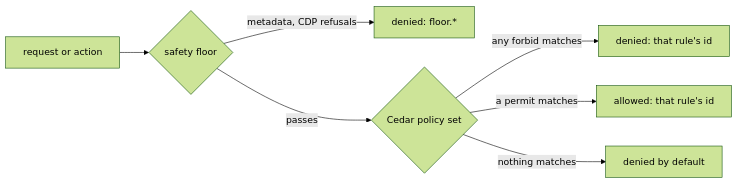
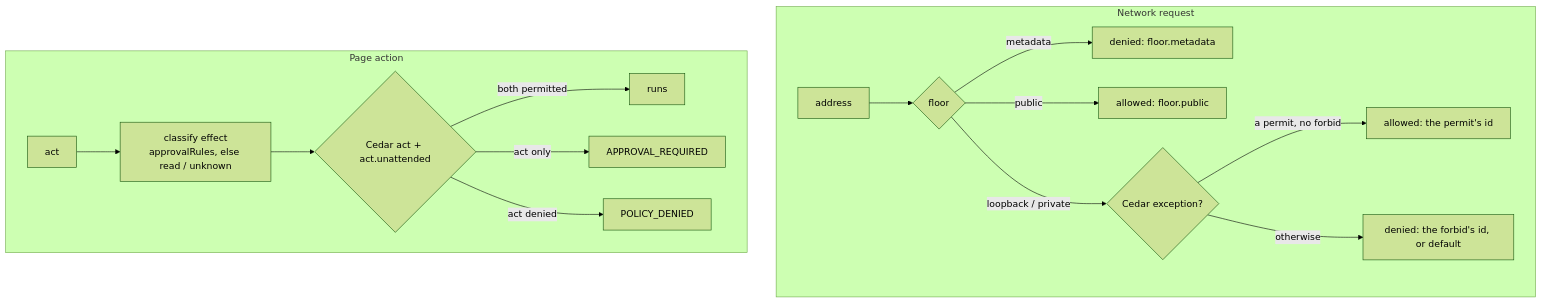
The diagram in docs/policy.md (anvai-labs/agentbrowser), drawn with Mermaid (forest theme) before and after one commit. The commit also changed other lines of this file and 7 other files, not shown here.

Commit message:
fix(api): a policy file's approvalRules classify actions; docs(policy): the starter and guide match runtime behaviour (#531 review)

````diff
--- a/docs/policy.md
+++ b/docs/policy.md
@@ -23,9 +23,18 @@
 ```mermaid
-flowchart LR
-    R[request or action] --> F{safety floor}
-    F -- metadata, CDP refusals --> D1[denied: floor.*]
-    F -- passes --> C{Cedar policy set}
-    C -- any forbid matches --> D2[denied: that rule's id]
-    C -- a permit matches --> A[allowed: that rule's id]
-    C -- nothing matches --> D3[denied by default]
+flowchart TB
+    subgraph egress [Network request]
+      E[address] --> F{floor}
+      F -- metadata --> X1[denied: floor.metadata]
+      F -- public --> P[allowed: floor.public]
+      F -- loopback / private --> C{Cedar exception?}
+      C -- a permit, no forbid --> P2[allowed: the permit's id]
+      C -- otherwise --> X2[denied: the forbid's id, or default]
+    end
+    subgraph action [Page action]
+      A[act] --> K[classify effect<br/>approvalRules, else read / unknown]
+      K --> D{Cedar act + act.unattended}
+      D -- both permitted --> OK[runs]
+      D -- act only --> AP[APPROVAL_REQUIRED]
+      D -- act denied --> NO[POLICY_DENIED]
+    end
 ```
````
